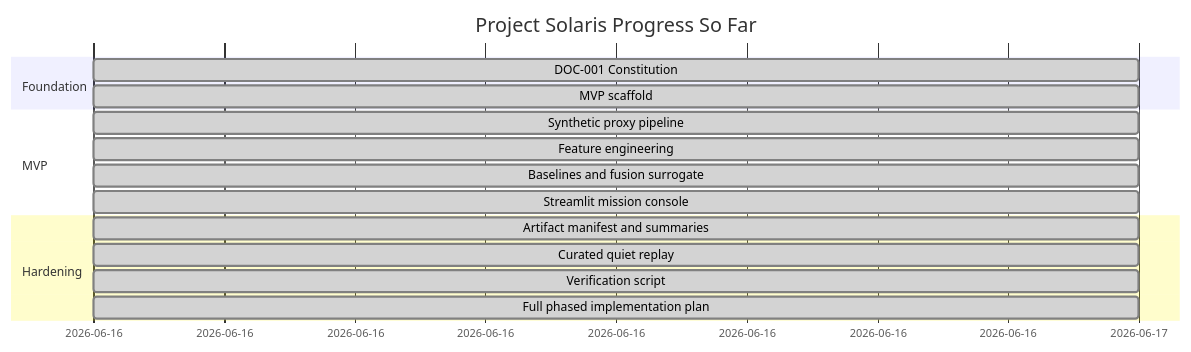
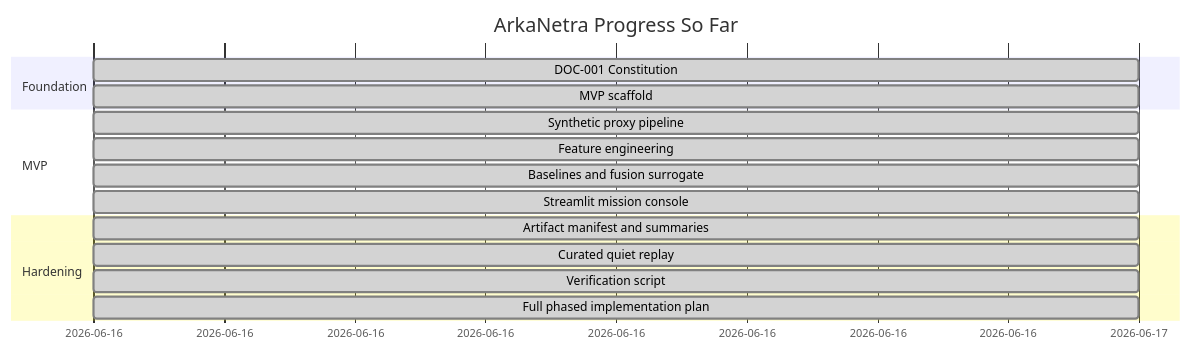
Before and after one commit to RavaniRoshan/arka-netra: the tenth of 13 diagrams in explanation.md, drawn with Mermaid. The commit also changed other lines of this file and 153 other files, not shown here.

Commit message:
Rename Project Solaris to ArkaNetra across the entire repo

````diff
--- a/explanation.md
+++ b/explanation.md
@@ -251,18 +251,18 @@
 ```mermaid
 gantt
-    title Project Solaris Progress So Far
+    title ArkaNetra Progress So Far
     dateFormat  YYYY-MM-DD
     section Foundation
     DOC-001 Constitution              :done, 2026-06-16, 1d
     MVP scaffold                      :done, 2026-06-16, 1d
     section MVP
     Synthetic proxy pipeline          :done, 2026-06-16, 1d
     Feature engineering               :done, 2026-06-16, 1d
     Baselines and fusion surrogate    :done, 2026-06-16, 1d
     Streamlit mission console         :done, 2026-06-16, 1d
     section Hardening
     Artifact manifest and summaries   :done, 2026-06-16, 1d
     Curated quiet replay              :done, 2026-06-16, 1d
     Verification script               :done, 2026-06-16, 1d
     Full phased implementation plan   :done, 2026-06-16, 1d
 ```
````
